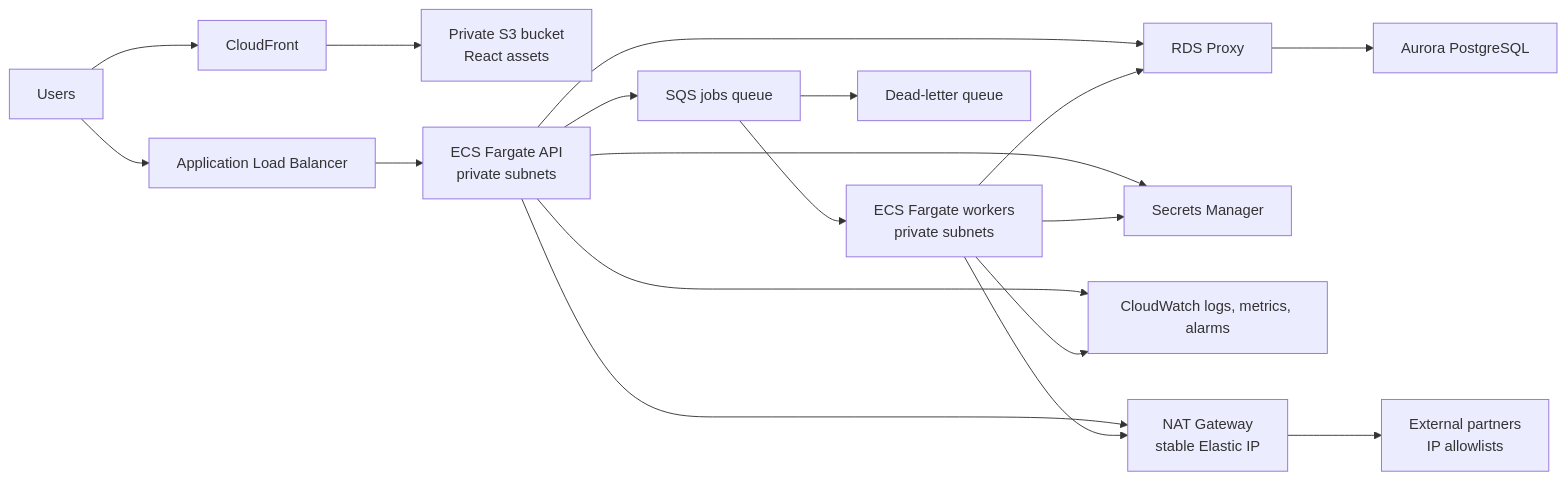
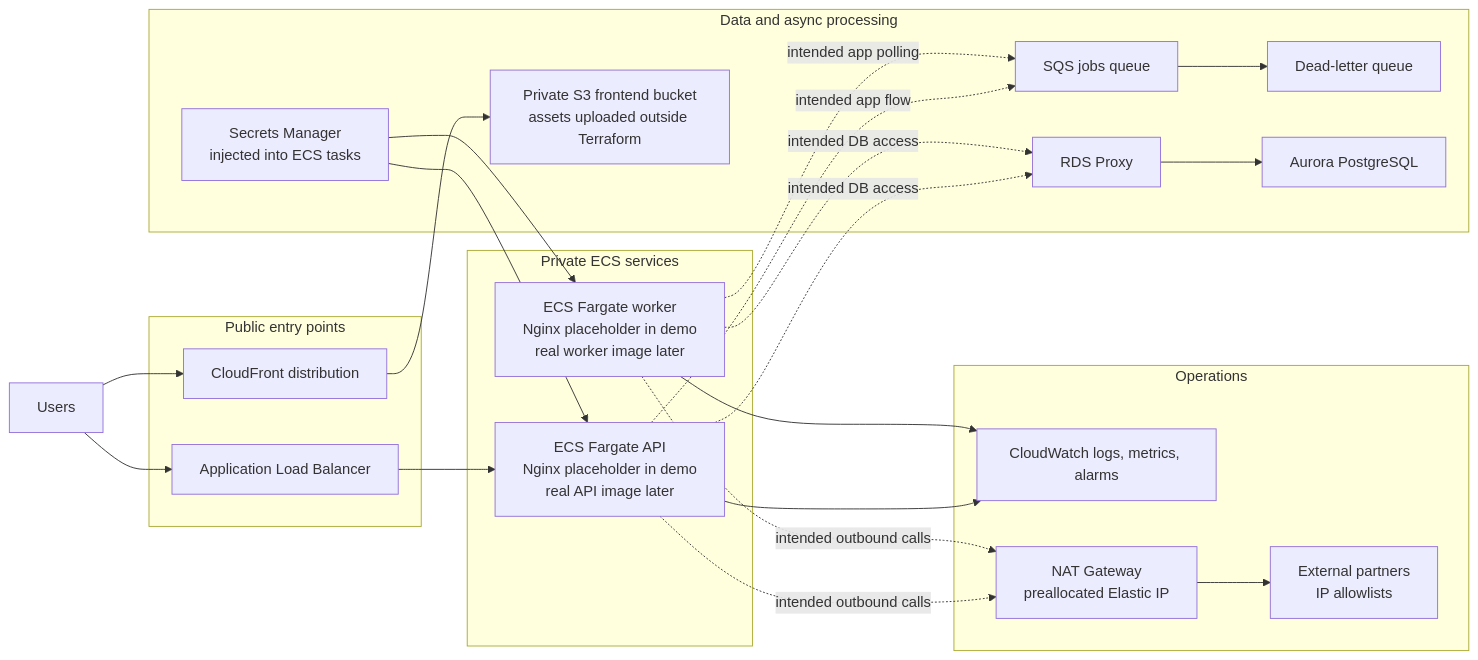
The diagram in README.md (Matcham89/remarcable-tt), drawn with Mermaid before and after one commit.

Commit message:
clear up directions for arch design

````diff
--- a/README.md
+++ b/README.md
@@ -22,26 +22,52 @@
 ```mermaid
 flowchart LR
-  users[Users] --> cf[CloudFront]
-  cf --> s3[Private S3 bucket\nReact assets]
+  users[Users]
 
-  users --> alb[Application Load Balancer]
-  alb --> api[ECS Fargate API\nprivate subnets]
+  subgraph public["Public entry points"]
+    cf[CloudFront distribution]
+    alb[Application Load Balancer]
+  end
 
-  api --> sqs[SQS jobs queue]
-  sqs --> worker[ECS Fargate workers\nprivate subnets]
-  sqs --> dlq[Dead-letter queue]
+  subgraph private_app["Private ECS services"]
+    api[ECS Fargate API\nNginx placeholder in demo\nreal API image later]
+    worker[ECS Fargate worker\nNginx placeholder in demo\nreal worker image later]
+  end
 
-  api --> proxy[RDS Proxy]
-  worker --> proxy
-  proxy --> aurora[Aurora PostgreSQL]
+  subgraph data["Data and async processing"]
+    s3[Private S3 frontend bucket\nassets uploaded outside Terraform]
+    sqs[SQS jobs queue]
+    dlq[Dead-letter queue]
+    proxy[RDS Proxy]
+    aurora[Aurora PostgreSQL]
+    secrets[Secrets Manager\ninjected into ECS tasks]
+  end
 
-  api --> secrets[Secrets Manager]
-  worker --> secrets
+  subgraph ops["Operations"]
+    logs[CloudWatch logs, metrics, alarms]
+    nat[NAT Gateway\npreallocated Elastic IP]
+    partners[External partners\nIP allowlists]
+  end
 
-  api --> logs[CloudWatch logs, metrics, alarms]
+  users --> cf
+  cf --> s3
+  users --> alb
+  alb --> api
+
+  api -. intended app flow .-> sqs
+  worker -. intended app polling .-> sqs
+  sqs --> dlq
+
+  api -. intended DB access .-> proxy
+  worker -. intended DB access .-> proxy
+  proxy --> aurora
+
+  secrets --> api
+  secrets --> worker
+
+  api --> logs
   worker --> logs
 
-  api --> nat[NAT Gateway\nstable Elastic IP]
-  worker --> nat
-  nat --> partners[External partners\nIP allowlists]
+  api -. intended outbound calls .-> nat
+  worker -. intended outbound calls .-> nat
+  nat --> partners
 ```
````
